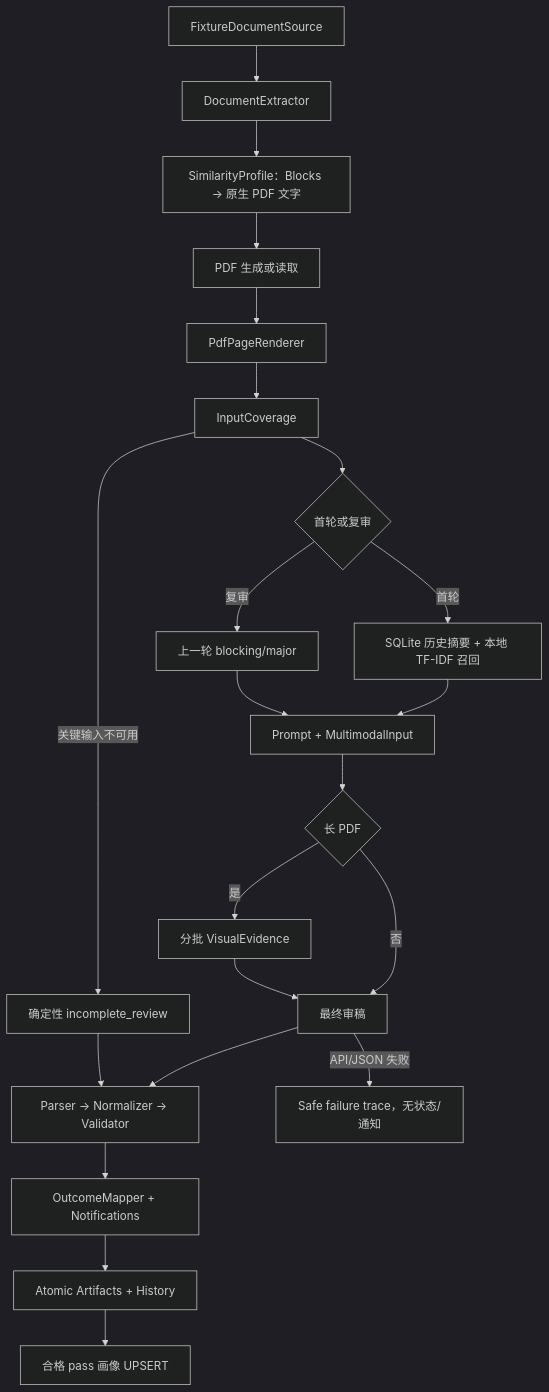
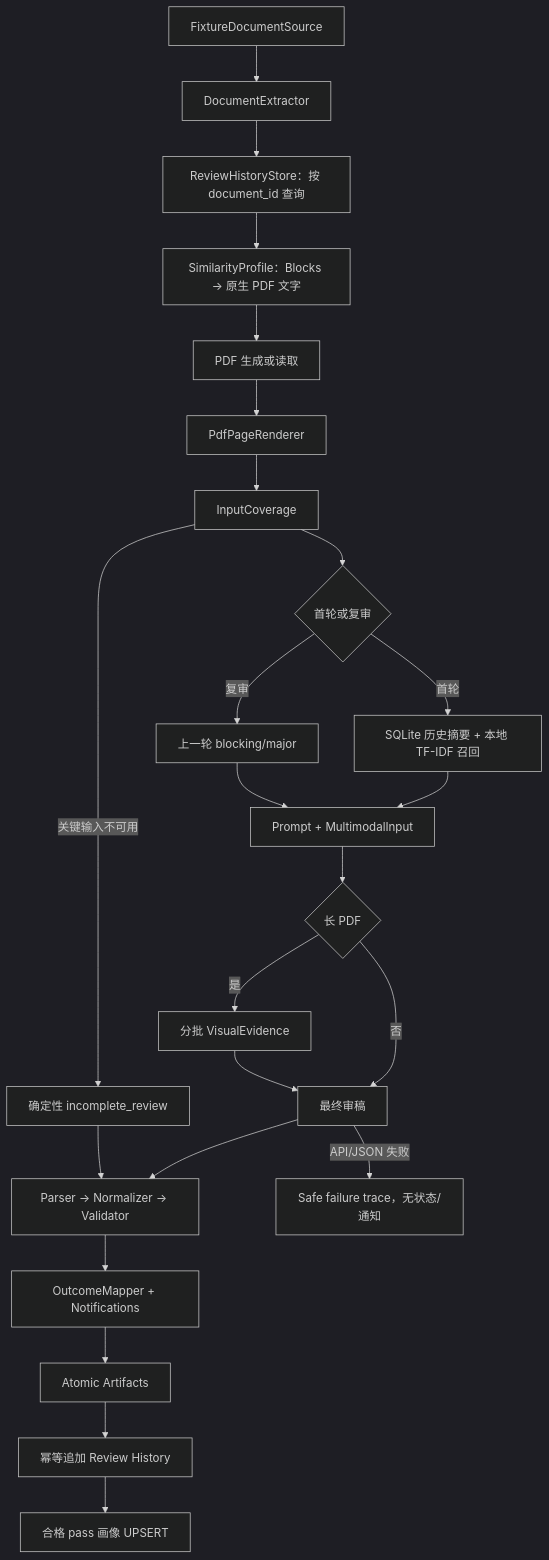
One commit to MuYi150/offline_feishu_agent changed the diagram in docs/architecture.md. Above: the diagram before and after it, drawn with Mermaid (dark theme). The commit also changed other lines of this file and 20 other files, not shown here.

````diff
--- a/docs/architecture.md
+++ b/docs/architecture.md
@@ -7,24 +7,26 @@
 ```mermaid
 flowchart TD
     F["FixtureDocumentSource"] --> E["DocumentExtractor"]
-    E --> T["SimilarityProfile：Blocks → 原生 PDF 文字"]
+    E --> D["ReviewHistoryStore：按 document_id 查询"]
+    D --> T["SimilarityProfile：Blocks → 原生 PDF 文字"]
     T --> P["PDF 生成或读取"]
     P --> R["PdfPageRenderer"]
     R --> C["InputCoverage"]
     C --> M{"首轮或复审"}
     M -->|首轮| S["SQLite 历史摘要 + 本地 TF-IDF 召回"]
     M -->|复审| H["上一轮 blocking/major"]
     S --> B["Prompt + MultimodalInput"]
     H --> B
     B --> L{"长 PDF"}
     L -->|是| V["分批 VisualEvidence"]
     L -->|否| K["最终审稿"]
     V --> K
     K --> J["Parser → Normalizer → Validator"]
     J --> O["OutcomeMapper + Notifications"]
-    O --> A["Atomic Artifacts + History"]
-    A --> U["合格 pass 画像 UPSERT"]
+    O --> A["Atomic Artifacts"]
+    A --> H2["幂等追加 Review History"]
+    H2 --> U["合格 pass 画像 UPSERT"]
     C -->|关键输入不可用| I["确定性 incomplete_review"]
     I --> J
     K -->|API/JSON 失败| X["Safe failure trace，无状态/通知"]
 ```
````
